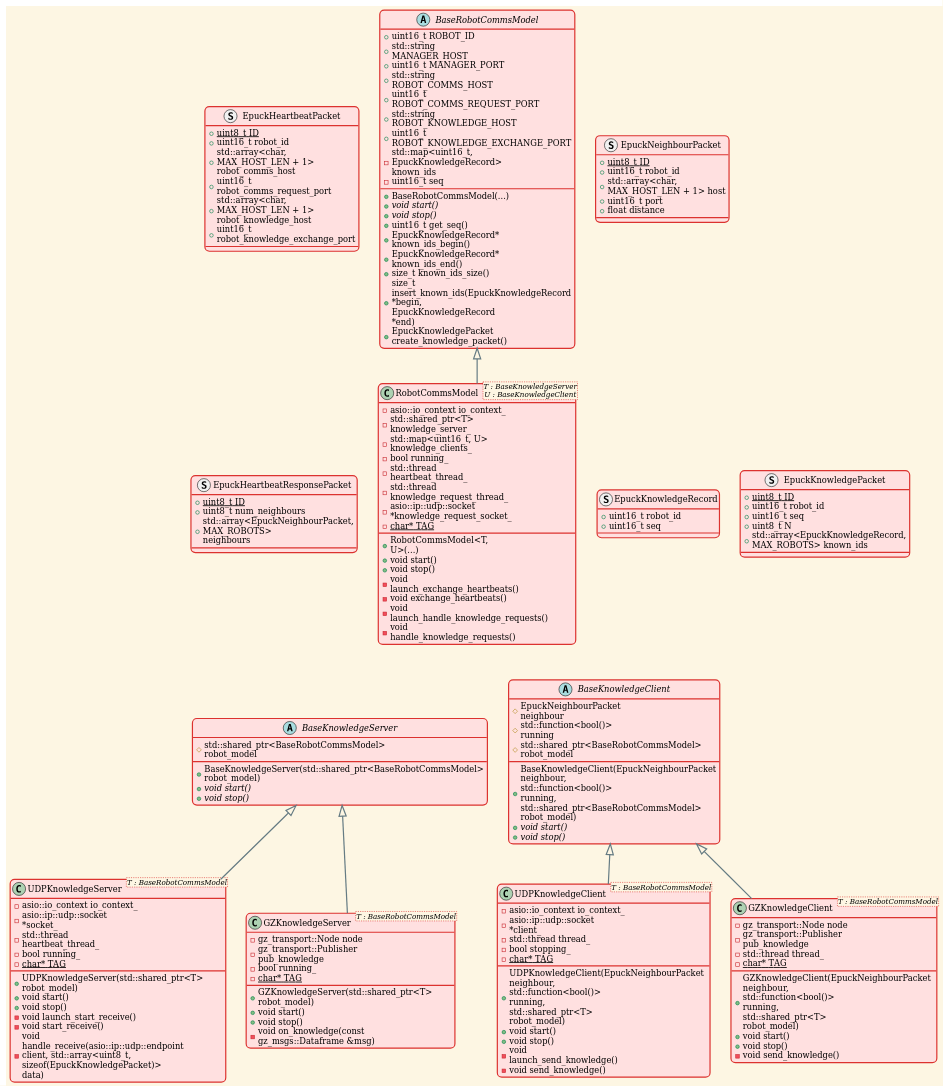
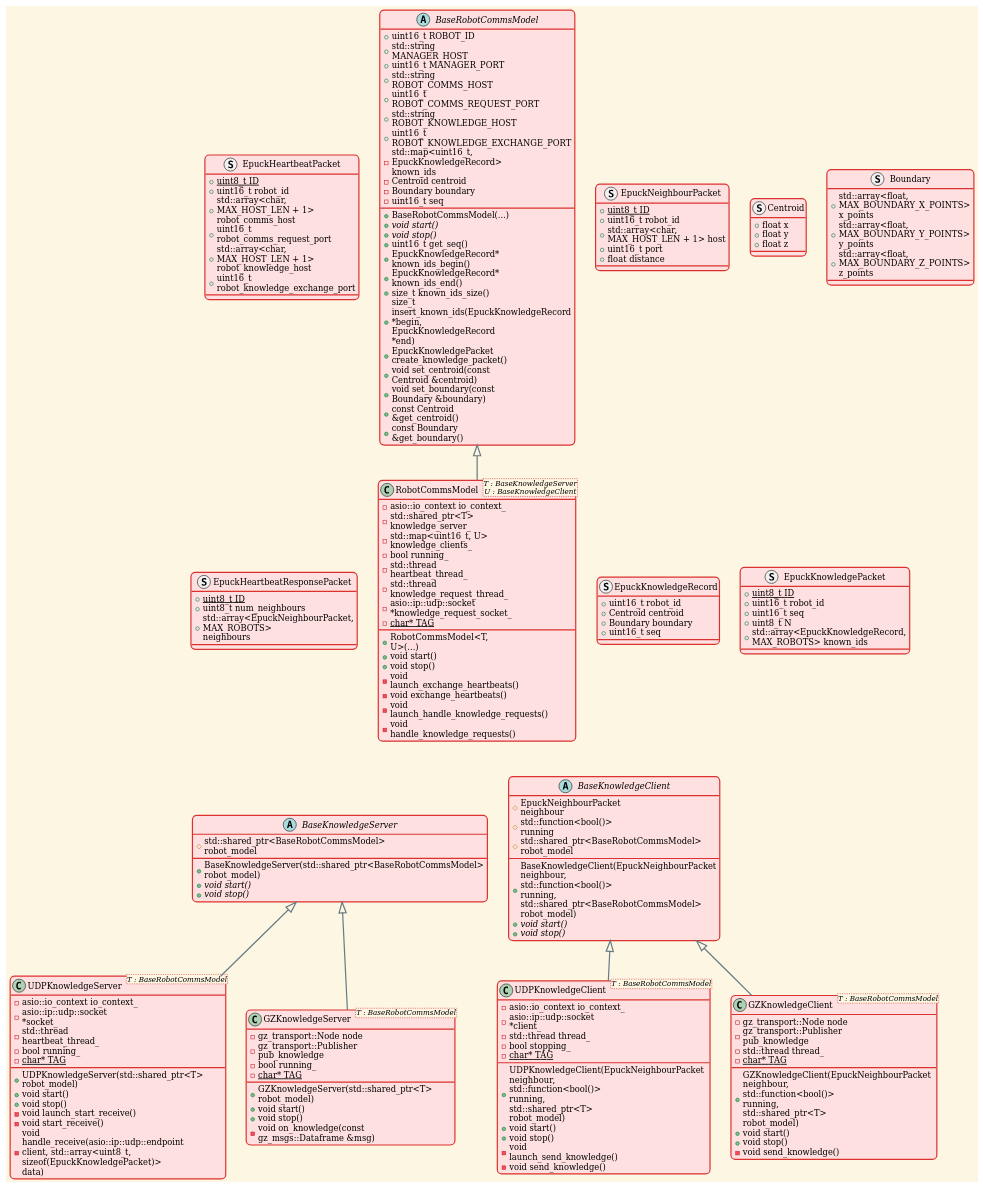
The diagram in ros_gz_lazy_agent_sim_applications/agent_local_comms_server/doc/comms_class.puml (eshjordan/lazy_agent_sim), drawn with PlantUML before and after one commit. The commit also changed 7 other files, not shown here.

Commit message:
Added centroid and boundary info to knowledge record data

```diff
--- a/ros_gz_lazy_agent_sim_applications/agent_local_comms_server/doc/comms_class.puml
+++ b/ros_gz_lazy_agent_sim_applications/agent_local_comms_server/doc/comms_class.puml
@@ -1,166 +1,186 @@
 @startuml
 
 !theme sunlust
 
 abstract class BaseKnowledgeServer {
   + BaseKnowledgeServer(std::shared_ptr<BaseRobotCommsModel> robot_model)
   + {abstract} void start()
   + {abstract} void stop()
   # std::shared_ptr<BaseRobotCommsModel> robot_model
 }
 
 abstract class BaseKnowledgeClient {
   + BaseKnowledgeClient(EpuckNeighbourPacket neighbour, std::function<bool()> running, std::shared_ptr<BaseRobotCommsModel> robot_model)
   + {abstract} void start()
   + {abstract} void stop()
   # EpuckNeighbourPacket neighbour
   # {field} std::function<bool()> running
   # std::shared_ptr<BaseRobotCommsModel> robot_model
 }
 
 abstract class BaseRobotCommsModel {
   + uint16_t ROBOT_ID
   + std::string MANAGER_HOST
   + uint16_t MANAGER_PORT
   + std::string ROBOT_COMMS_HOST
   + uint16_t ROBOT_COMMS_REQUEST_PORT
   + std::string ROBOT_KNOWLEDGE_HOST
   + uint16_t ROBOT_KNOWLEDGE_EXCHANGE_PORT
   - std::map<uint16_t, EpuckKnowledgeRecord> known_ids
+  - Centroid centroid
+  - Boundary boundary
   - uint16_t seq
 
   + BaseRobotCommsModel(...)
   + {abstract} void start()
   + {abstract} void stop()
   + uint16_t get_seq()
   + EpuckKnowledgeRecord* known_ids_begin()
   + EpuckKnowledgeRecord* known_ids_end()
   + size_t known_ids_size()
   + size_t insert_known_ids(EpuckKnowledgeRecord *begin, EpuckKnowledgeRecord *end)
   + EpuckKnowledgePacket create_knowledge_packet()
+  + void set_centroid(const Centroid &centroid)
+  + void set_boundary(const Boundary &boundary)
+  + const Centroid &get_centroid()
+  + const Boundary &get_boundary()
 }
 
 
 struct EpuckHeartbeatPacket {
   +{static} uint8_t ID
   +uint16_t robot_id
   +std::array<char, MAX_HOST_LEN + 1> robot_comms_host
   +uint16_t robot_comms_request_port
   +std::array<char, MAX_HOST_LEN + 1> robot_knowledge_host
   +uint16_t robot_knowledge_exchange_port
 }
 
 struct EpuckNeighbourPacket {
   +{static} uint8_t ID
   +uint16_t robot_id
   +std::array<char, MAX_HOST_LEN + 1> host
   +uint16_t port
   +float distance
 }
 
 struct EpuckHeartbeatResponsePacket {
   +{static} uint8_t ID
   +uint8_t num_neighbours
   +std::array<EpuckNeighbourPacket, MAX_ROBOTS> neighbours
 }
 
+struct Centroid {
+  +float x
+  +float y
+  +float z
+}
+
+struct Boundary {
+  +std::array<float, MAX_BOUNDARY_X_POINTS> x_points
+  +std::array<float, MAX_BOUNDARY_Y_POINTS> y_points
+  +std::array<float, MAX_BOUNDARY_Z_POINTS> z_points
+}
+
 struct EpuckKnowledgeRecord {
   +uint16_t robot_id
+  +Centroid centroid
+  +Boundary boundary
   +uint16_t seq
 }
 
 struct EpuckKnowledgePacket {
   +{static} uint8_t ID
   +uint16_t robot_id
   +uint16_t seq
   +uint8_t N
   +std::array<EpuckKnowledgeRecord, MAX_ROBOTS> known_ids
 }
 
 
 class RobotCommsModel <T : BaseKnowledgeServer\nU : BaseKnowledgeClient> {
   + RobotCommsModel<T, U>(...)
   + void start()
   + void stop()
   - void launch_exchange_heartbeats()
   - void exchange_heartbeats()
   - void launch_handle_knowledge_requests()
   - void handle_knowledge_requests()
   - asio::io_context io_context_
   - std::shared_ptr<T> knowledge_server_
   - std::map<uint16_t, U> knowledge_clients_
   - bool running_
   - std::thread heartbeat_thread_
   - std::thread knowledge_request_thread_
   - asio::ip::udp::socket *knowledge_request_socket_
   - {static} char* TAG
 }
 
 
 class UDPKnowledgeServer <T : BaseRobotCommsModel> {
   + UDPKnowledgeServer(std::shared_ptr<T> robot_model)
   + void start()
   + void stop()
   - void launch_start_receive()
   - void start_receive()
   - void handle_receive(asio::ip::udp::endpoint client, std::array<uint8_t, sizeof(EpuckKnowledgePacket)> data)
   - asio::io_context io_context_
   - asio::ip::udp::socket *socket_
   - std::thread heartbeat_thread_
   - bool running_
   - {static} char* TAG
 }
 
 class UDPKnowledgeClient <T : BaseRobotCommsModel> {
   + UDPKnowledgeClient(EpuckNeighbourPacket neighbour, std::function<bool()> running, std::shared_ptr<T> robot_model)
   + void start()
   + void stop()
   - void launch_send_knowledge()
   - void send_knowledge()
   - asio::io_context io_context_
   - asio::ip::udp::socket *client_
   - std::thread thread_
   - bool stopping_
   - {static} char* TAG
 }
 
 
 class GZKnowledgeServer <T : BaseRobotCommsModel> {
   + GZKnowledgeServer(std::shared_ptr<T> robot_model)
   + void start()
   + void stop()
   - void on_knowledge(const gz_msgs::Dataframe &msg)
   - gz_transport::Node node
   - gz_transport::Publisher pub_knowledge
   - bool running_
   - {static} char* TAG
 }
 
 class GZKnowledgeClient <T : BaseRobotCommsModel> {
   + GZKnowledgeClient(EpuckNeighbourPacket neighbour, std::function<bool()> running, std::shared_ptr<T> robot_model)
   + void start()
   + void stop()
   - void send_knowledge()
   - gz_transport::Node node
   - gz_transport::Publisher pub_knowledge
   - std::thread thread_
   - {static} char* TAG
 }
 
 
 BaseRobotCommsModel <|-- RobotCommsModel
 BaseKnowledgeServer <|-- UDPKnowledgeServer
 BaseKnowledgeClient <|-- UDPKnowledgeClient
 BaseKnowledgeServer <|-- GZKnowledgeServer
 BaseKnowledgeClient <|-- GZKnowledgeClient
 
 RobotCommsModel <|-[hidden]- BaseKnowledgeServer
 RobotCommsModel <|-[hidden]- BaseKnowledgeClient
 
 BaseRobotCommsModel -[hidden]left-> EpuckHeartbeatPacket
 RobotCommsModel -[hidden]left-> EpuckHeartbeatResponsePacket
 BaseRobotCommsModel -[hidden]right-> EpuckNeighbourPacket
 RobotCommsModel -[hidden]right-> EpuckKnowledgePacket
 RobotCommsModel -[hidden]right-> EpuckKnowledgeRecord
 
 @enduml
```
